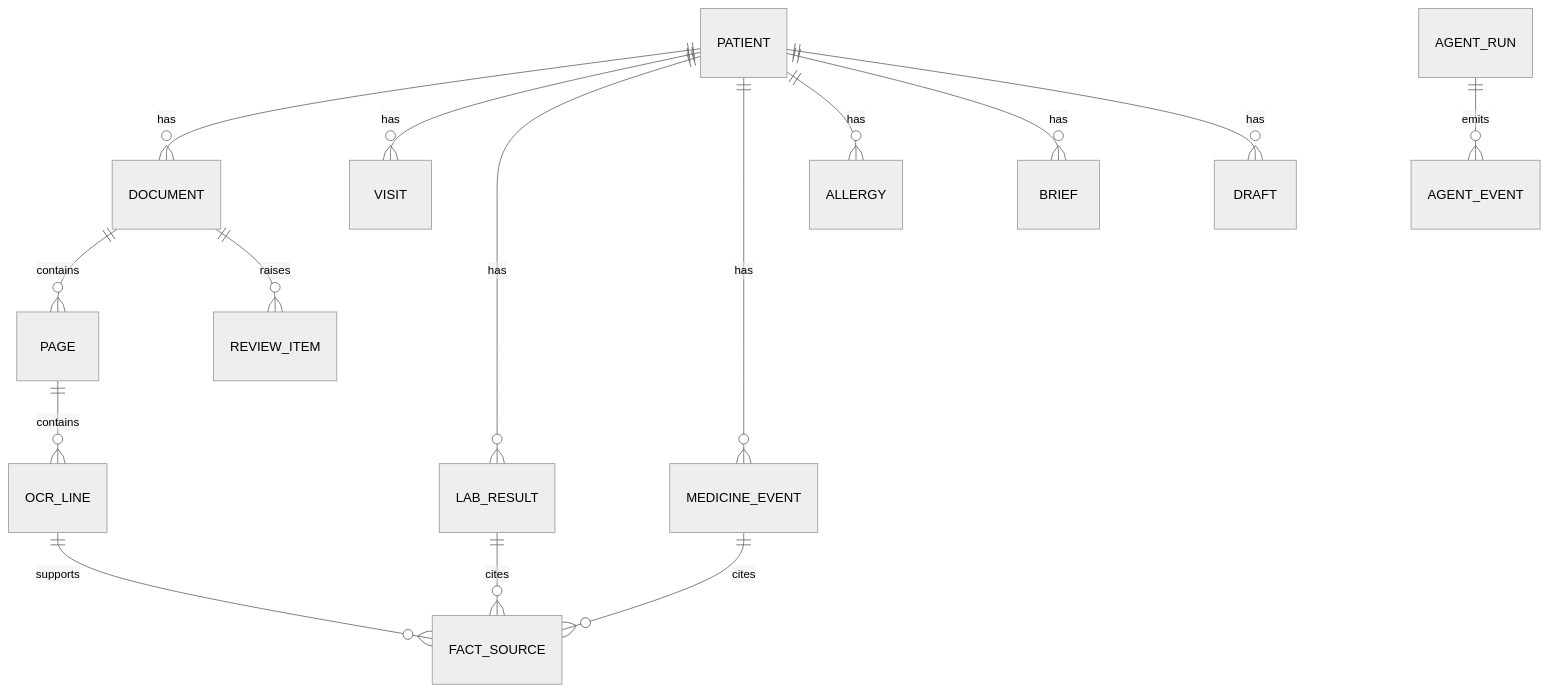
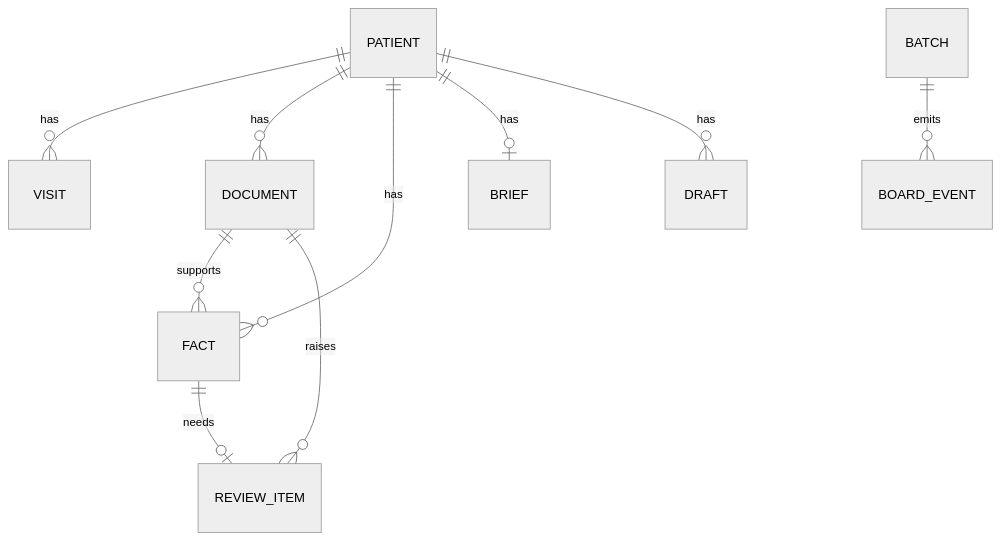
The diagram in docs/05-data-model.md (khurram-Shahid09/ClinicMind), drawn with Mermaid (neutral theme) before and after one commit. The commit also changed other lines of this file and 161 other files, not shown here.

````diff
--- a/docs/05-data-model.md
+++ b/docs/05-data-model.md
@@ -7,17 +7,12 @@
 ```mermaid
 erDiagram
+    PATIENT ||--o{ VISIT : has
     PATIENT ||--o{ DOCUMENT : has
-    PATIENT ||--o{ VISIT : has
-    PATIENT ||--o{ LAB_RESULT : has
-    PATIENT ||--o{ MEDICINE_EVENT : has
-    PATIENT ||--o{ ALLERGY : has
-    PATIENT ||--o{ BRIEF : has
+    PATIENT ||--o{ FACT : has
+    PATIENT ||--o| BRIEF : has
     PATIENT ||--o{ DRAFT : has
-    DOCUMENT ||--o{ PAGE : contains
-    PAGE ||--o{ OCR_LINE : contains
-    OCR_LINE ||--o{ FACT_SOURCE : supports
-    LAB_RESULT ||--o{ FACT_SOURCE : cites
-    MEDICINE_EVENT ||--o{ FACT_SOURCE : cites
+    DOCUMENT ||--o{ FACT : supports
     DOCUMENT ||--o{ REVIEW_ITEM : raises
-    AGENT_RUN ||--o{ AGENT_EVENT : emits
+    FACT ||--o| REVIEW_ITEM : needs
+    BATCH ||--o{ BOARD_EVENT : emits
 ```
````
